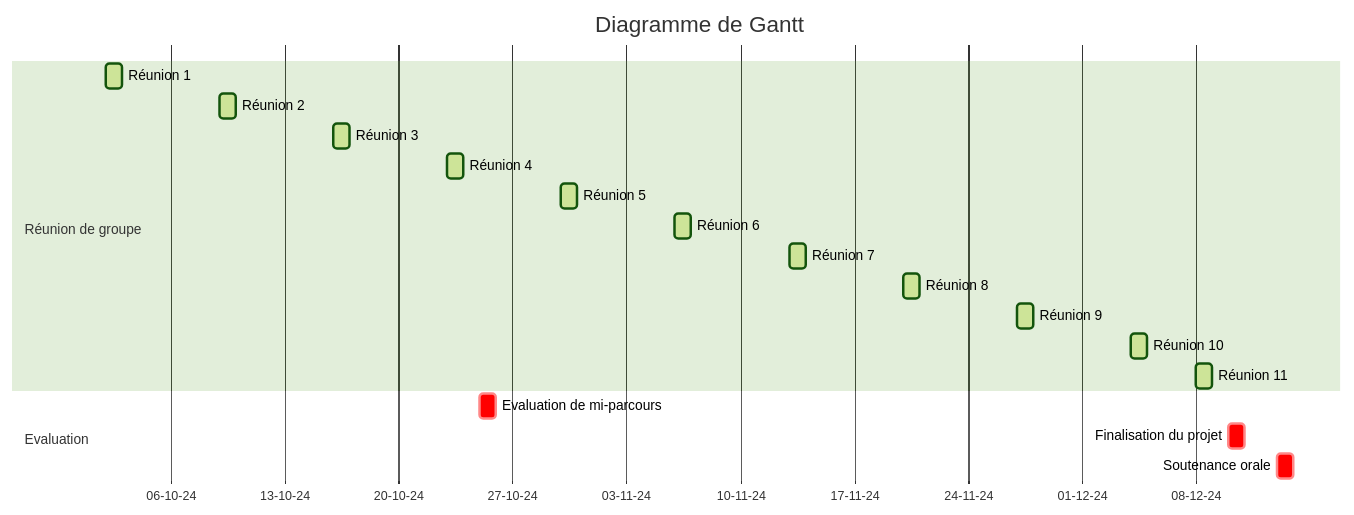
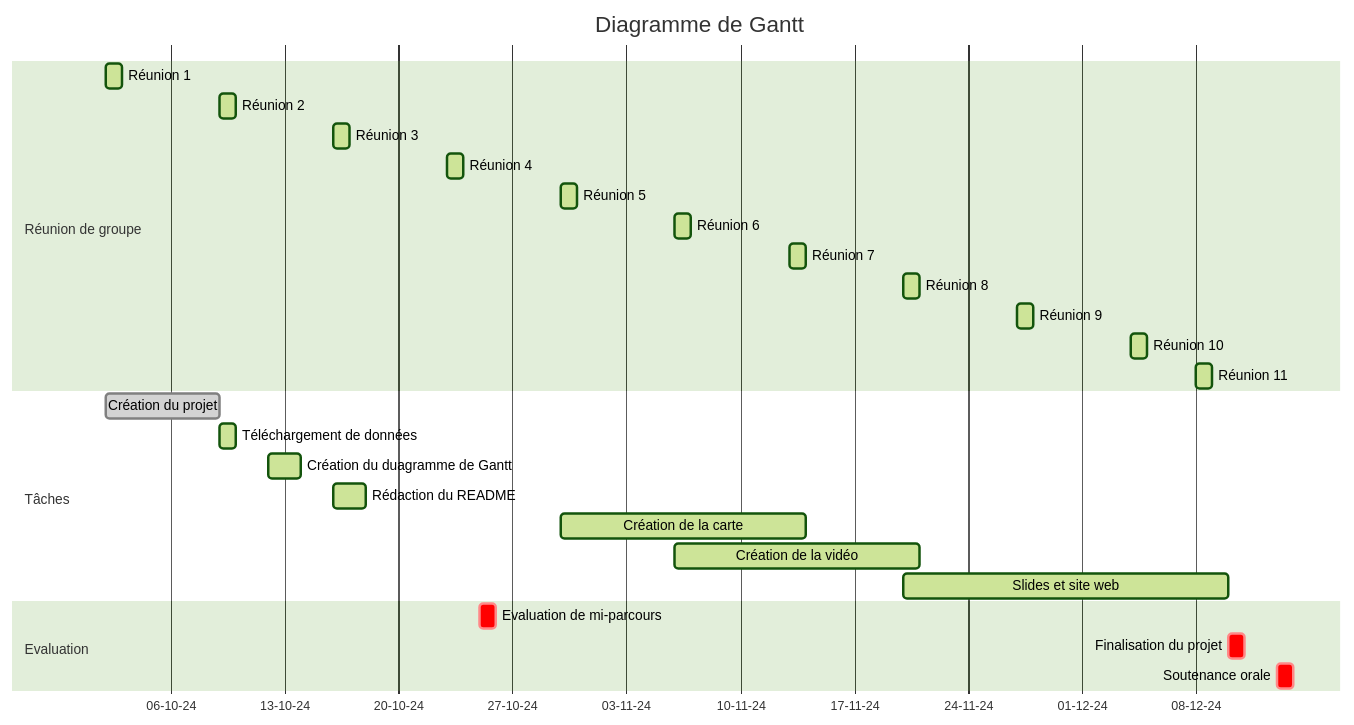
Before and after one commit to DamienMariac/HAX712X: the diagram in Gantt.qmd, drawn with Mermaid (forest theme).

````diff
--- a/Gantt.qmd
+++ b/Gantt.qmd
@@ -1,26 +1,35 @@
 ```{mermaid}
     gantt
         title Diagramme de Gantt
         dateFormat DD-MM-YYYY
         axisFormat %d-%m-%y
 
         section Réunion de groupe
             Réunion 1 : active, 02-10-2024, 1d
             Réunion 2 : active, 09-10-2024, 1d
             Réunion 3 : active, 16-10-2024, 1d
             Réunion 4 : active, 23-10-2024, 1d
             Réunion 5 : active, 30-10-2024, 1d
             Réunion 6 : active, 06-11-2024, 1d
             Réunion 7 : active, 13-11-2024, 1d
             Réunion 8 : active, 20-11-2024, 1d
             Réunion 9 : active, 27-11-2024, 1d
             Réunion 10 : active, 04-12-2024, 1d
             Réunion 11 : active, 08-12-2024, 1d
 
+        section Tâches 
+            Création du projet : done, 02-10-2024, 7d
+            Téléchargement de données : active, 09-10-2024, 1d
+            Création du duagramme de Gantt :  active, 12-10-2024, 2d
+            Rédaction du README : active, 16-10-2024, 2d
+            Création de la carte : active, 30-10-2024, 15d
+            Création de la vidéo : active, 06-11-2024, 15d
+            Slides et site web : active, 20-11-2024, 20d
+
         section Evaluation 
             Evaluation de mi-parcours : crit, b, 25-10-2024, 1d
             Finalisation du projet : crit, b, 10-12-2024, 1d
             Soutenance orale : crit, b,  13-12-2024, 1d
 
 
 ```
````
